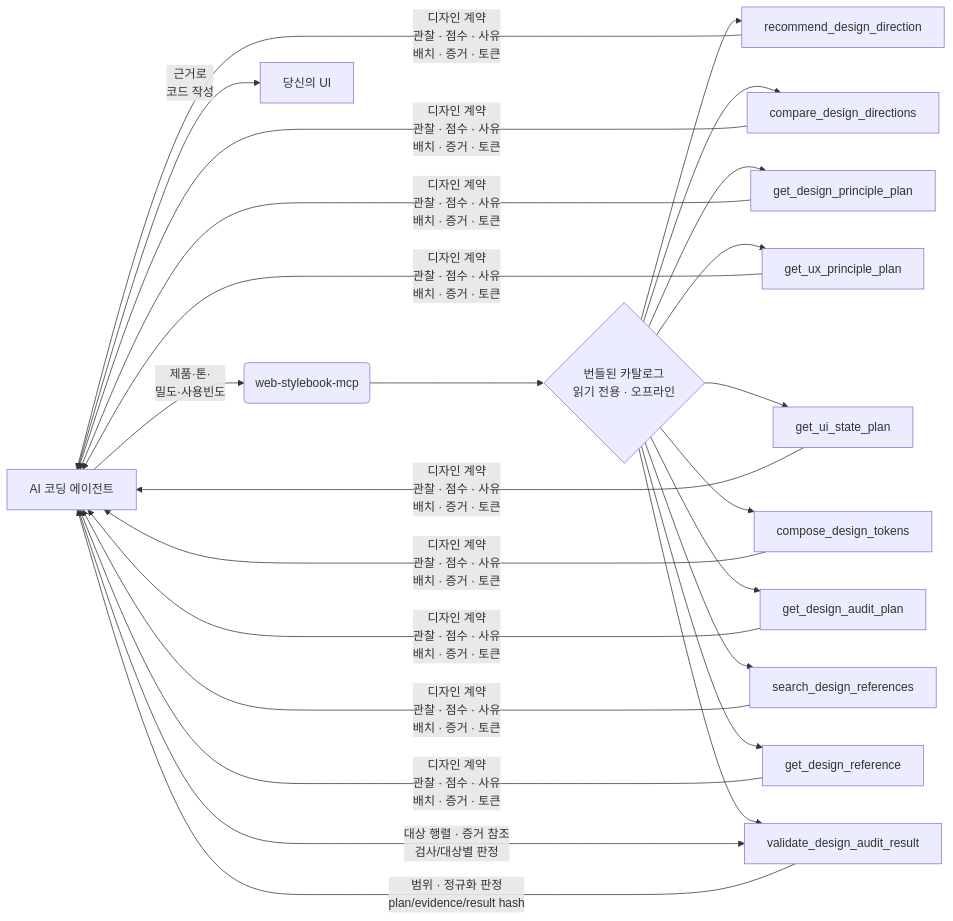
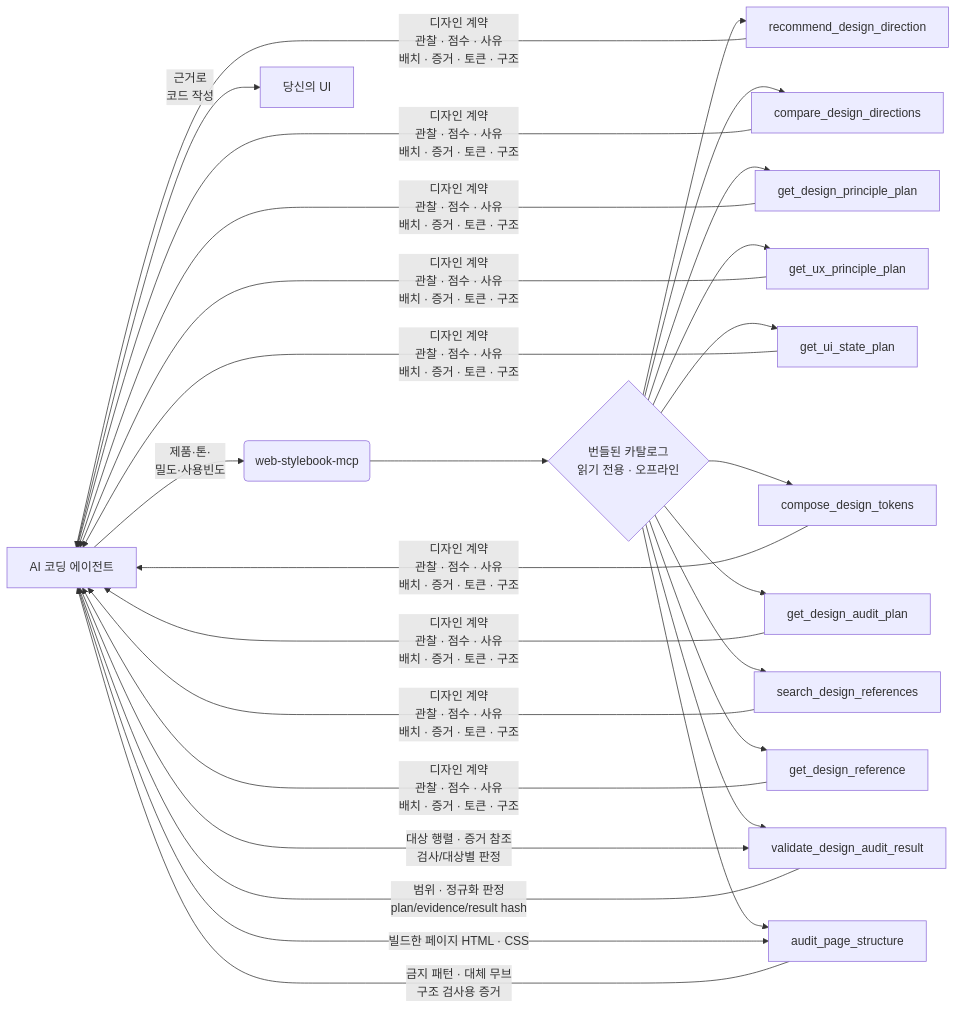
The diagram in README.ko.md (seungdori/web-stylebook-mcp), drawn with Mermaid before and after one commit. The commit also changed other lines of this file and 64 other files, not shown here.

First line of the commit message:
feat: give every direction structural guidance and audit page structure (#11) (#13)

````diff
--- a/README.ko.md
+++ b/README.ko.md
@@ -125,19 +174,22 @@
 ```mermaid
 flowchart LR
     A[AI 코딩 에이전트] -->|제품·톤·<br/>밀도·사용빈도| B(web-stylebook-mcp)
     B --> C{번들된 카탈로그<br/>읽기 전용 · 오프라인}
     C --> D[recommend_design_direction]
     C --> E[compare_design_directions]
     C --> F[get_design_principle_plan]
     C --> G[get_ux_principle_plan]
     C --> H[get_ui_state_plan]
     C --> I[compose_design_tokens]
     C --> J[get_design_audit_plan]
     C --> K[search_design_references]
     C --> L[get_design_reference]
     C --> M[validate_design_audit_result]
-    D & E & F & G & H & I & J & K & L -->|디자인 계약<br/>관찰 · 점수 · 사유<br/>배치 · 증거 · 토큰| A
+    C --> N[audit_page_structure]
+    D & E & F & G & H & I & J & K & L -->|디자인 계약<br/>관찰 · 점수 · 사유<br/>배치 · 증거 · 토큰 · 구조| A
+    A -->|빌드한 페이지 HTML · CSS| N
+    N -->|금지 패턴 · 대체 무브<br/>구조 검사용 증거| A
     A -->|대상 행렬 · 증거 참조<br/>검사/대상별 판정| M
     M -->|범위 · 정규화 판정<br/>plan/evidence/result hash| A
     A -->|근거로<br/>코드 작성| Z[당신의 UI]
 ```
````
